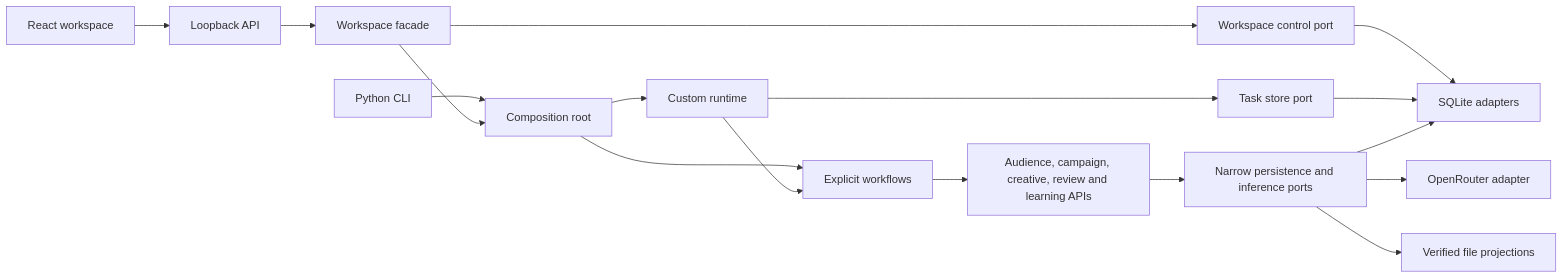
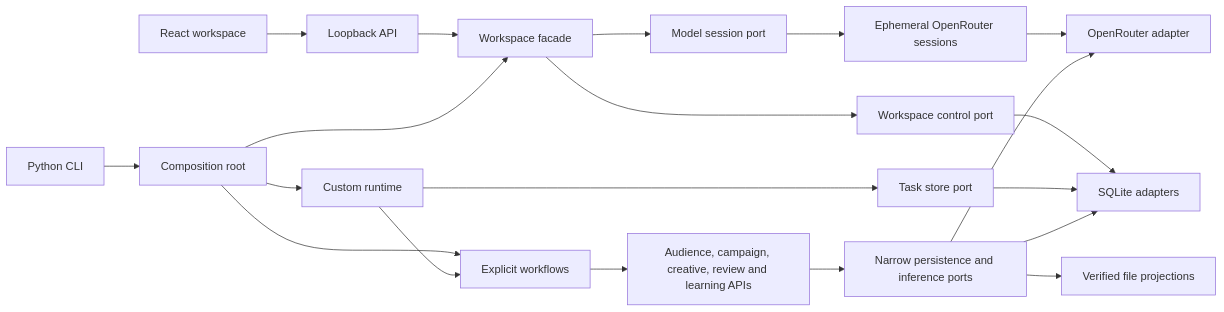
The diagram in docs/architecture.md (DG-creative-lab/direct-acquisition-agent), drawn with Mermaid before and after one commit. The commit also changed other lines of this file and 56 other files, not shown here.

Commit message:
Centralize workspace composition and isolate model sessions (#91)

````diff
--- a/docs/architecture.md
+++ b/docs/architecture.md
@@ -9,19 +9,22 @@
 ```mermaid
 flowchart LR
     UI[React workspace] --> HTTP[Loopback API]
     HTTP --> FACADE[Workspace facade]
     CLI[Python CLI] --> ROOT[Composition root]
-    FACADE --> ROOT
+    ROOT --> FACADE
+    FACADE --> MODELS[Model session port]
+    MODELS --> SESSIONS[Ephemeral OpenRouter sessions]
+    SESSIONS --> OR
     FACADE --> CONTROL[Workspace control port]
     CONTROL --> SQL
     ROOT --> WF[Explicit workflows]
     ROOT --> RT[Custom runtime]
     RT --> TASKS[Task store port]
     RT --> WF
     WF --> MODULES[Audience, campaign, creative, review and learning APIs]
     MODULES --> PORTS[Narrow persistence and inference ports]
     TASKS --> SQL[SQLite adapters]
     PORTS --> SQL
     PORTS --> OR[OpenRouter adapter]
     PORTS --> FILES[Verified file projections]
 ```
````
